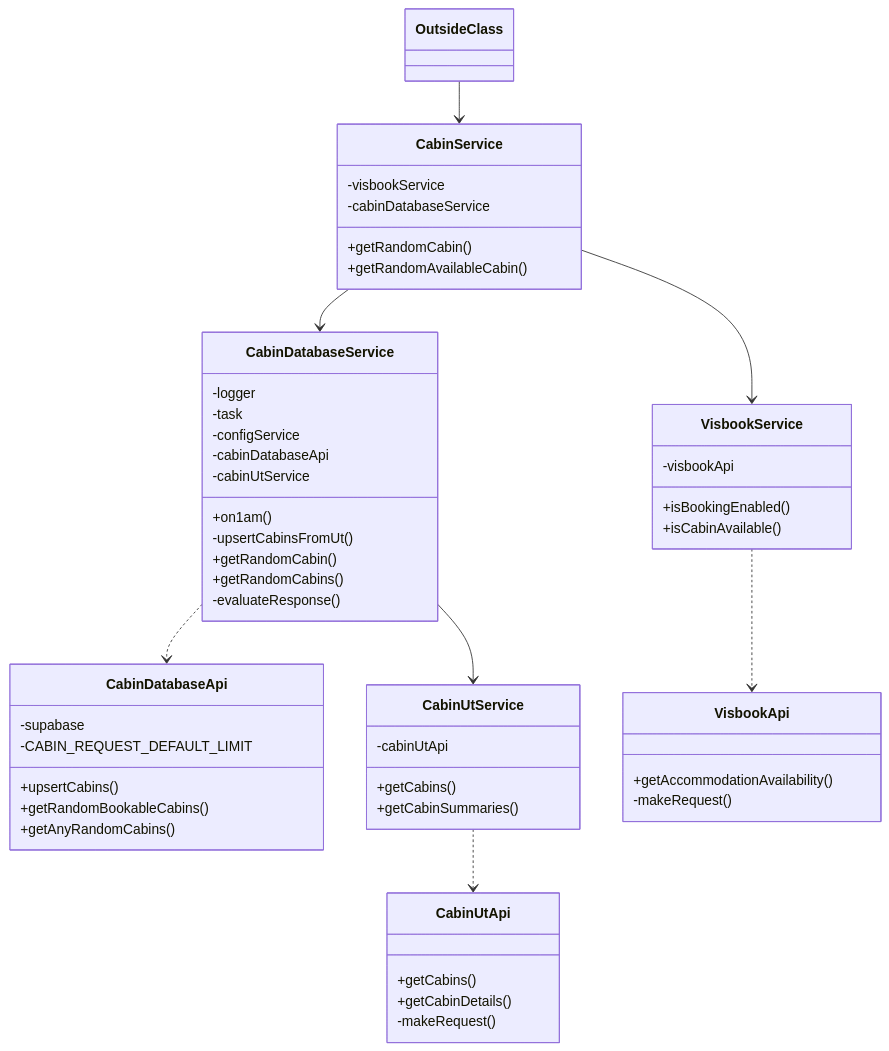
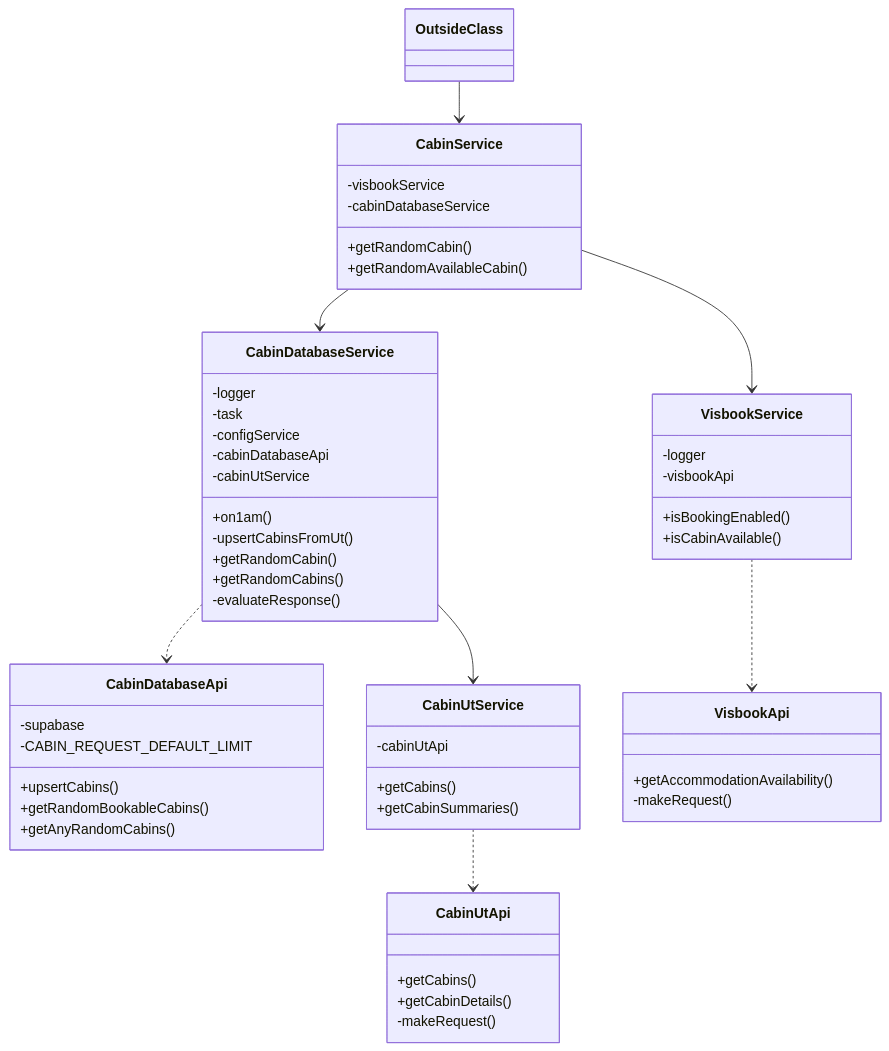
Before and after one commit to gingermusketeer/dnt-discord-bot: the diagram in docs/dev-guide/cabins.md, drawn with Mermaid. The commit also changed 1 other file, not shown here.

Commit message:
feat: improve error handling

````diff
--- a/docs/dev-guide/cabins.md
+++ b/docs/dev-guide/cabins.md
@@ -5,62 +5,63 @@
 ```mermaid
 classDiagram
 
 OutsideClass --> CabinService
 CabinService --> CabinDatabaseService
 CabinDatabaseService ..> CabinDatabaseApi
 CabinService --> VisbookService
 CabinDatabaseService --> CabinUtService
 CabinUtService ..> CabinUtApi
 VisbookService ..> VisbookApi
 
 class CabinService {
   -visbookService
   -cabinDatabaseService
   +getRandomCabin()
   +getRandomAvailableCabin()
 }
 
 class CabinDatabaseService {
   -logger
   -task
   -configService
   -cabinDatabaseApi
   -cabinUtService
   +on1am()
   -upsertCabinsFromUt()
   +getRandomCabin()
   +getRandomCabins()
   -evaluateResponse()
 }
 
 class CabinDatabaseApi {
   -supabase
   -CABIN_REQUEST_DEFAULT_LIMIT
   +upsertCabins()
   +getRandomBookableCabins()
   +getAnyRandomCabins()
 }
 
 class CabinUtService {
   -cabinUtApi
   +getCabins()
   +getCabinSummaries()
 }
 
 class CabinUtApi {
   +getCabins()
   +getCabinDetails()
   -makeRequest()
 }
 
 class VisbookService {
+  -logger
   -visbookApi
   +isBookingEnabled()
   +isCabinAvailable()
 }
 
 class VisbookApi {
   +getAccommodationAvailability()
   -makeRequest()
 }
 ```
````
